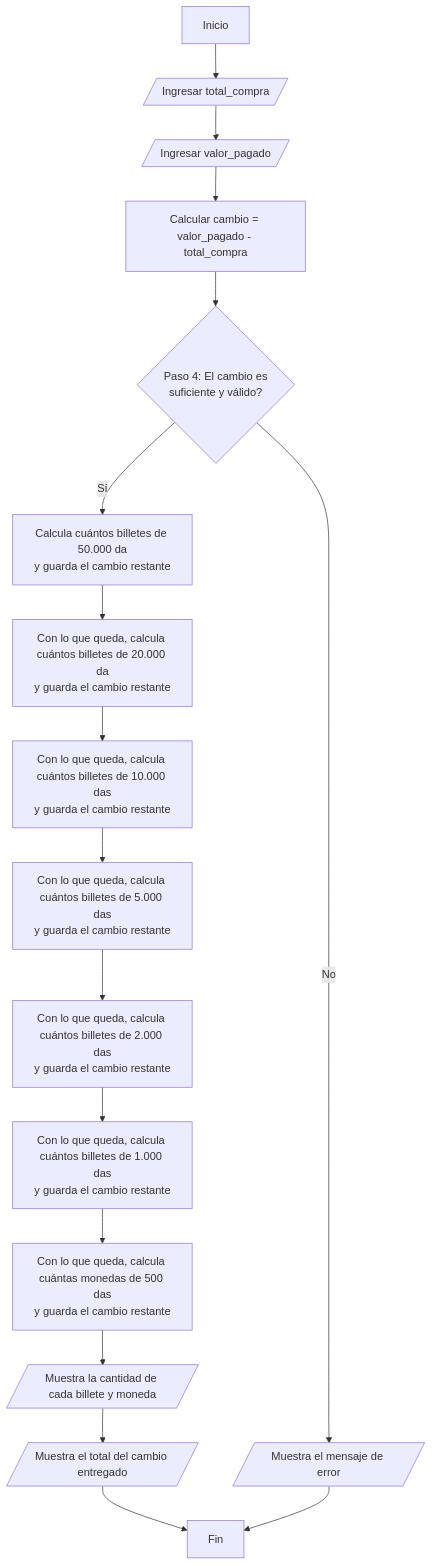
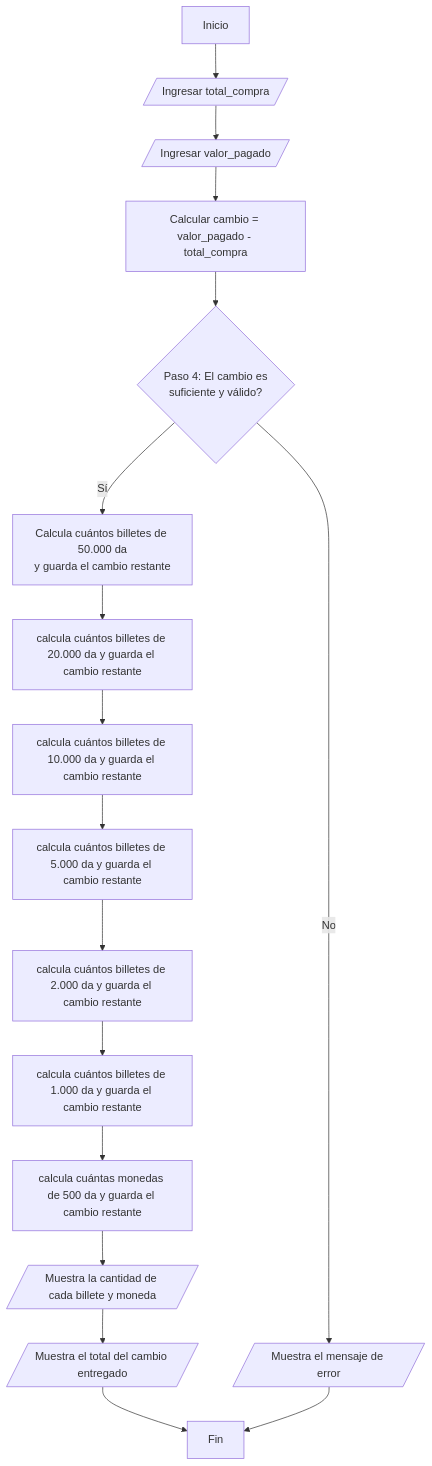
One commit to Gabriel-Ariza/programacion_20_agosto changed the second of 2 diagrams in README.md. Above: the diagram before and after it, drawn with Mermaid.

Commit message:
Refactor change calculation steps in README

````diff
--- a/README.md
+++ b/README.md
@@ -27,19 +27,19 @@
 ```mermaid
 flowchart TD
     A[Inicio] --> B[/Ingresar total_compra/];
     B --> C[/Ingresar valor_pagado/];
     C --> D[Calcular cambio = valor_pagado - total_compra];
     D --> E{Paso 4: El cambio es <br>suficiente y válido?};
     E -- Sí --> F[Calcula cuántos billetes de 50.000 da<br>y guarda el cambio restante];
-    F --> G[Con lo que queda, calcula cuántos billetes de 20.000 da<br>y guarda el cambio restante];
-    G --> H[Con lo que queda, calcula cuántos billetes de 10.000 das<br>y guarda el cambio restante];
-    H --> I[Con lo que queda, calcula cuántos billetes de 5.000 das<br>y guarda el cambio restante];
-    I --> J[Con lo que queda, calcula cuántos billetes de 2.000 das<br>y guarda el cambio restante];
-    J --> K[Con lo que queda, calcula cuántos billetes de 1.000 das<br>y guarda el cambio restante];
-    K --> L[Con lo que queda, calcula cuántas monedas de 500 das<br>y guarda el cambio restante];
+    F --> G[calcula cuántos billetes de 20.000 da y guarda el cambio restante];
+    G --> H[calcula cuántos billetes de 10.000 da y guarda el cambio restante];
+    H --> I[calcula cuántos billetes de 5.000 da y guarda el cambio restante];
+    I --> J[calcula cuántos billetes de 2.000 da y guarda el cambio restante];
+    J --> K[calcula cuántos billetes de 1.000 da y guarda el cambio restante];
+    K --> L[calcula cuántas monedas de 500 da y guarda el cambio restante];
     L --> M[/Muestra la cantidad de cada billete y moneda/];
     M --> N[/Muestra el total del cambio entregado/];
     N --> O[Fin];
     E -- No --> P[/Muestra el mensaje de error/];
     P --> O;
 ```
````
